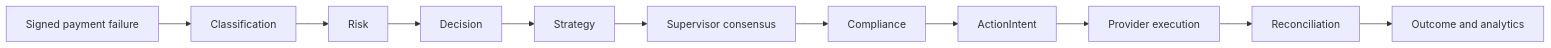
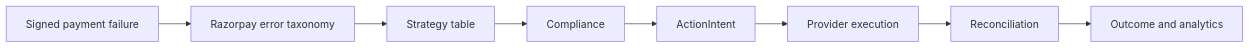
The first of 2 diagrams in README.md (rushikeshbathe096/Mend), drawn with Mermaid before and after one commit. The commit also changed other lines of this file and 7 other files, not shown here.

````diff
--- a/README.md
+++ b/README.md
@@ -11,13 +11,10 @@
 ```mermaid
 flowchart LR
-  Event[Signed payment failure] --> Classify[Classification]
-  Classify --> Risk[Risk]
-  Risk --> Decision[Decision]
-  Decision --> Strategy[Strategy]
-  Strategy --> Consensus[Supervisor consensus]
-  Consensus --> Compliance[Compliance]
+  Event[Signed payment failure] --> Classify[Razorpay error taxonomy]
+  Classify --> Strategy[Strategy table]
+  Strategy --> Compliance[Compliance]
   Compliance --> Intent[ActionIntent]
   Intent --> Execute[Provider execution]
   Execute --> Reconcile[Reconciliation]
   Reconcile --> Outcome[Outcome and analytics]
 ```
````
